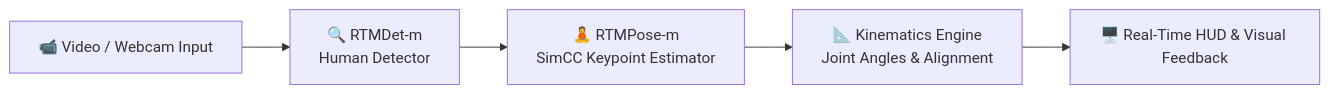
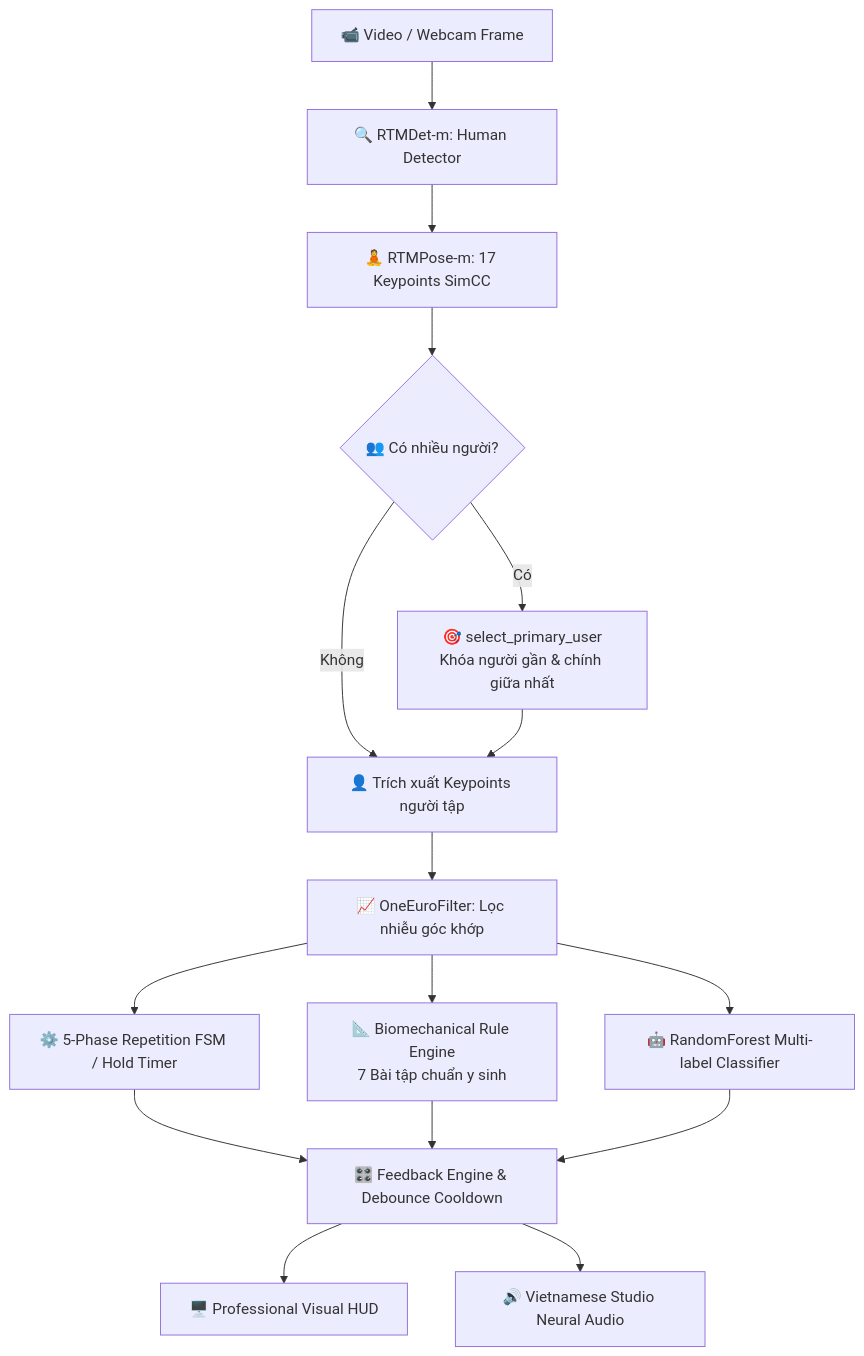
The diagram in README.md (dothang13/pilates-ai-pose-coach), drawn with Mermaid before and after one commit. The commit also changed other lines of this file and 1 other file, not shown here.

Commit message:
docs: comprehensive update to README.md covering AI Coach pipeline, 7 exercises, hotkeys, and multi-person tracking

````diff
--- a/README.md
+++ b/README.md
@@ -56,7 +54,16 @@
 ```mermaid
-flowchart LR
-    A[📹 Video / Webcam Input] --> B[🔍 RTMDet-m<br>Human Detector]
-    B --> C[🧘 RTMPose-m<br>SimCC Keypoint Estimator]
-    C --> D[📐 Kinematics Engine<br>Joint Angles & Alignment]
-    D --> E[🖥️ Real-Time HUD & Visual Feedback]
+flowchart TD
+    A[📹 Video / Webcam Frame] --> B[🔍 RTMDet-m: Human Detector]
+    B --> C[🧘 RTMPose-m: 17 Keypoints SimCC]
+    C --> D{👥 Có nhiều người?}
+    D -- Có --> E[🎯 select_primary_user<br>Khóa người gần & chính giữa nhất]
+    D -- Không --> F[👤 Trích xuất Keypoints người tập]
+    E --> F
+    F --> G[📈 OneEuroFilter: Lọc nhiễu góc khớp]
+    G --> H[⚙️ 5-Phase Repetition FSM / Hold Timer]
+    G --> I[📐 Biomechanical Rule Engine<br>7 Bài tập chuẩn y sinh]
+    G --> J[🤖 RandomForest Multi-label Classifier]
+    H & I & J --> K[🎛️ Feedback Engine & Debounce Cooldown]
+    K --> L[🖥️ Professional Visual HUD]
+    K --> M[🔊 Vietnamese Studio Neural Audio]
 ```
````
